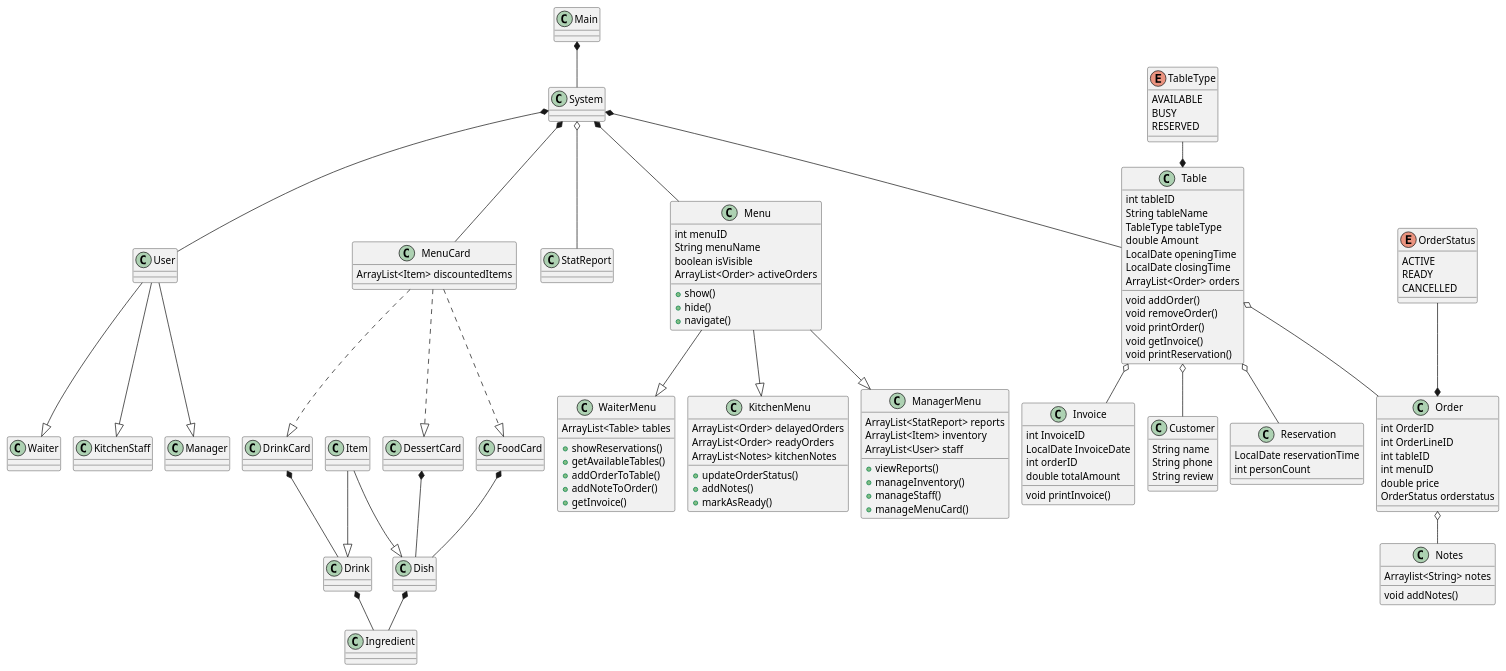
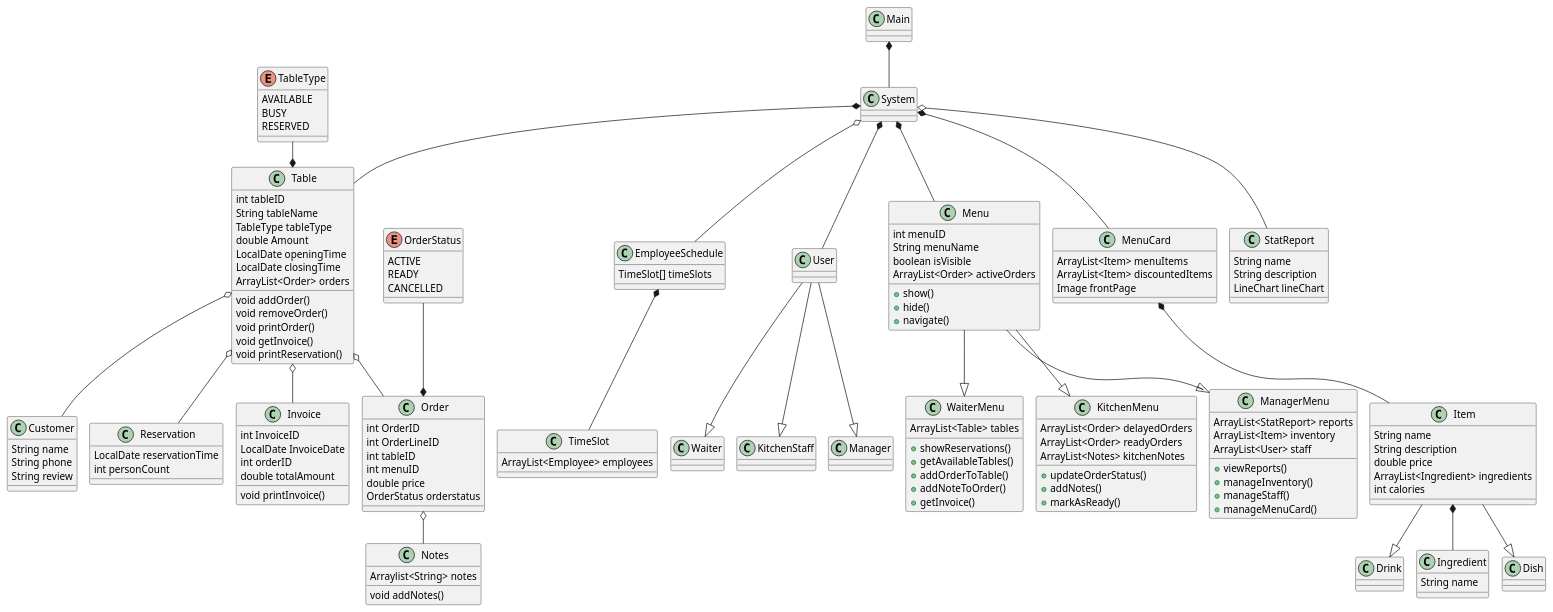
Before and after one commit to Magnus128/SP4: the diagram in docs/klasseDiagram.puml, drawn with PlantUML.

Commit message:
klasseDiagram

```diff
--- a/docs/klasseDiagram.puml
+++ b/docs/klasseDiagram.puml
@@ -1,153 +1,167 @@
 @startuml
 !pragma layout smetana
 
 ' Del 1
 class Main
 class System
 class User
 class KitchenStaff
 class Manager
 class Waiter
 
 ' Del 2
 class Menu{
     int menuID
     String menuName
     boolean isVisible
     ArrayList<Order> activeOrders
     + show()
     + hide()
     + navigate()
 }
 
 class KitchenMenu{
     ArrayList<Order> delayedOrders
     ArrayList<Order> readyOrders
     ArrayList<Notes> kitchenNotes
     + updateOrderStatus()
     + addNotes()
     + markAsReady()
 }
 
 class ManagerMenu {
     ArrayList<StatReport> reports
     ArrayList<Item> inventory
     ArrayList<User> staff
     + viewReports()
     + manageInventory()
     + manageStaff()
     + manageMenuCard()
 }
 class WaiterMenu {
     ArrayList<Table> tables
     + showReservations()
     + getAvailableTables()
     + addOrderToTable()
     + addNoteToOrder()
     + getInvoice()
 
 }
 
 ' Del 3
 class Table {
     int tableID
     String tableName
     TableType tableType
     double Amount
     LocalDate openingTime
     LocalDate closingTime
     ArrayList<Order> orders
 
     void addOrder()
     void removeOrder()
     void printOrder()
     void getInvoice()
     void printReservation()
 }
 enum TableType {
     AVAILABLE
     BUSY
     RESERVED
 }
 class Customer {
     String name
     String phone
     String review
 }
 class Reservation {
     LocalDate reservationTime
     int personCount
 }
 
 class Order {
     int OrderID
     int OrderLineID
     int tableID
     int menuID
     double price
     OrderStatus orderstatus
 
 }
 
 enum OrderStatus{
     ACTIVE
     READY
     CANCELLED
 }
 
 class Notes {
     Arraylist<String> notes
     void addNotes()
 }
 class Invoice {
     int InvoiceID
     LocalDate InvoiceDate
     int orderID
     double totalAmount
     void printInvoice()
 }
 
 ' Del 4
 class MenuCard {
+    ArrayList<Item> menuItems
     ArrayList<Item> discountedItems
+    Image frontPage
 }
-class FoodCard
-class DessertCard
-class Item
+class Item {
+    String name
+    String description
+    double price
+    ArrayList<Ingredient> ingredients
+    int calories
+}
 class Dish
-class DrinkCard
 class Drink
-class Ingredient
-class StatReport
+class Ingredient {
+    String name
+}
+class StatReport {
+    String name
+    String description
+    LineChart lineChart
+}
+class EmployeeSchedule {
+    TimeSlot[] timeSlots
+}
+
+class TimeSlot {
+    ArrayList<Employee> employees
+}
 
 Main *-- System
 System *-- User
 User --|> KitchenStaff
 User --|> Manager
 User --|> Waiter
 System *-- Menu
 Menu --|> KitchenMenu
 Menu --|> ManagerMenu
 Menu --|> WaiterMenu
 System *-- MenuCard
 System *-- Table
 TableType --* Table
 Table o-- Order
 Order o-- Notes
 OrderStatus --* Order
 Table o-- Customer
 Table o-- Invoice
 Table o-- Reservation
 System o-- StatReport
-MenuCard ..|> FoodCard
-FoodCard *-- Dish
-MenuCard ..|> DessertCard
-DessertCard *-- Dish
-MenuCard ..|> DrinkCard
-DrinkCard *-- Drink
+System o-- EmployeeSchedule
+EmployeeSchedule *-- TimeSlot
+MenuCard *-- Item
 Item --|> Dish
 Item --|> Drink
-Dish *-- Ingredient
-Drink *-- Ingredient
+Item *-- Ingredient
 
 @enduml
```
